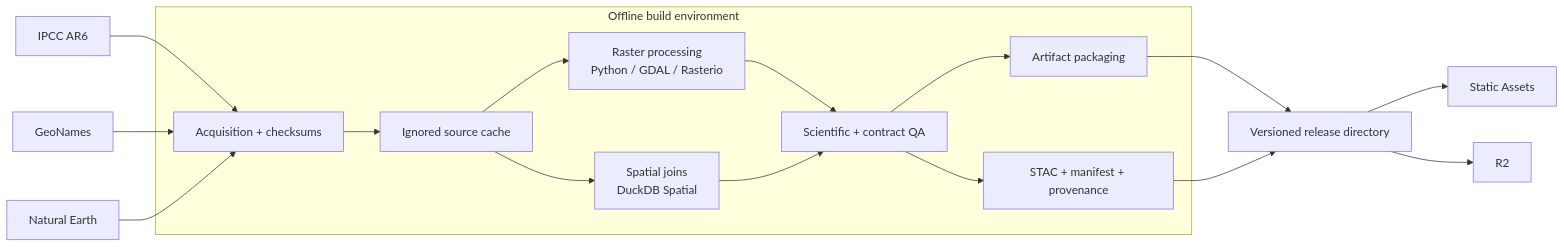
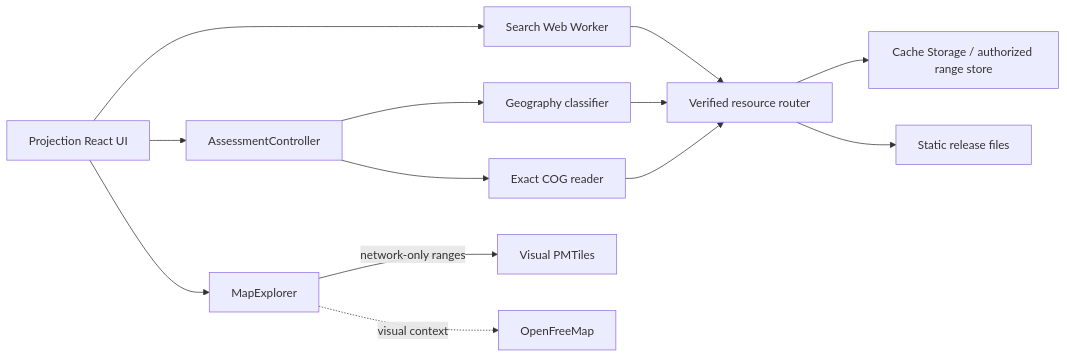
The second of 2 diagrams in docs/architecture/02-container-view.md (artemsemdev/SeaRise-Europe), drawn with Mermaid before and after one commit. The commit also changed other lines of this file and 1 other file, not shown here.

Commit message:
docs(architecture): describe current atlas and projection boundaries

````diff
--- a/docs/architecture/02-container-view.md
+++ b/docs/architecture/02-container-view.md
@@ -65,35 +64,13 @@
 ```mermaid
 flowchart LR
-    IPCC[IPCC AR6]
-    Geo[GeoNames]
-    NE[Natural Earth]
-
-    subgraph Build[Offline build environment]
-        Fetch[Acquisition + checksums]
-        Cache[Ignored source cache]
-        Raster[Raster processing\nPython / GDAL / Rasterio]
-        Spatial[Spatial joins\nDuckDB Spatial]
-        QA[Scientific + contract QA]
-        Pack[Artifact packaging]
-        Evidence[STAC + manifest + provenance]
-    end
-
-    Release[Versioned release directory]
-    Static[Static Assets]
-    R2[R2]
-
-    IPCC --> Fetch
-    Geo --> Fetch
-    NE --> Fetch
-    Fetch --> Cache
-    Cache --> Raster
-    Cache --> Spatial
-    Raster --> QA
-    Spatial --> QA
-    QA --> Pack
-    QA --> Evidence
-    Pack --> Release
-    Evidence --> Release
-    Release --> Static
-    Release --> R2
+    App[Projection React UI] --> Controller[AssessmentController]
+    App --> Worker[Search Web Worker]
+    Controller --> Geometry[Geography classifier]
+    Controller --> COG[Exact COG reader]
+    App --> Map[MapExplorer]
+    Worker & Geometry & COG --> Router[Verified resource router]
+    Router --> Stores[Cache Storage / authorized range store]
+    Router --> Files[Static release files]
+    Map -->|network-only ranges| PMTiles[Visual PMTiles]
+    Map -. visual context .-> Base[OpenFreeMap]
 ```
````
